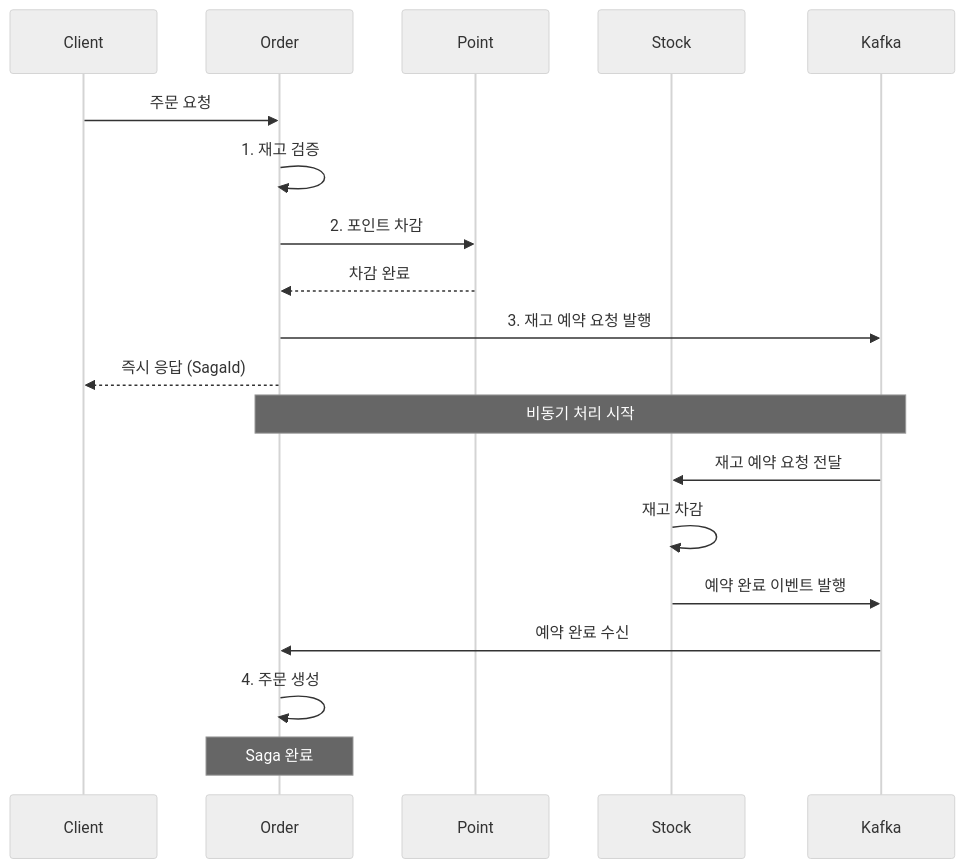
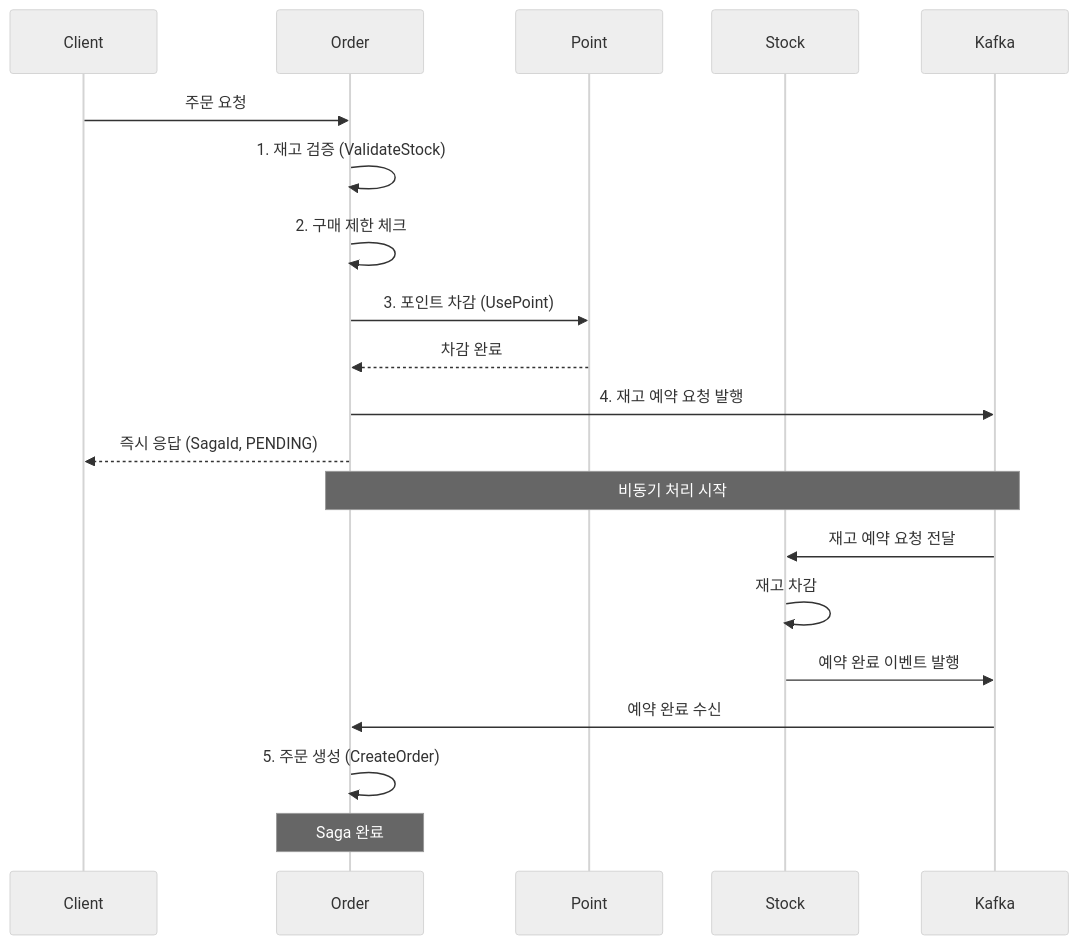
The first of 2 diagrams in order-service/README.md (chachohee/rush-deal), drawn with Mermaid (neutral theme) before and after one commit. The commit also changed other lines of this file, not shown here.

````diff
--- a/order-service/README.md
+++ b/order-service/README.md
@@ -190,25 +247,26 @@
 ```mermaid
 sequenceDiagram
     participant Client
     participant Order
     participant Point
     participant Stock
     participant Kafka
 
     Client->>Order: 주문 요청
-    Order->>Order: 1. 재고 검증
-    Order->>Point: 2. 포인트 차감
+    Order->>Order: 1. 재고 검증 (ValidateStock)
+    Order->>Order: 2. 구매 제한 체크
+    Order->>Point: 3. 포인트 차감 (UsePoint)
     Point-->>Order: 차감 완료
-    Order->>Kafka: 3. 재고 예약 요청 발행
-    Order-->>Client: 즉시 응답 (SagaId)
+    Order->>Kafka: 4. 재고 예약 요청 발행
+    Order-->>Client: 즉시 응답 (SagaId, PENDING)
     
     Note over Order,Kafka: 비동기 처리 시작
     
     Kafka->>Stock: 재고 예약 요청 전달
     Stock->>Stock: 재고 차감
     Stock->>Kafka: 예약 완료 이벤트 발행
     Kafka->>Order: 예약 완료 수신
-    Order->>Order: 4. 주문 생성
+    Order->>Order: 5. 주문 생성 (CreateOrder)
     
     Note over Order: Saga 완료
 ```
````
